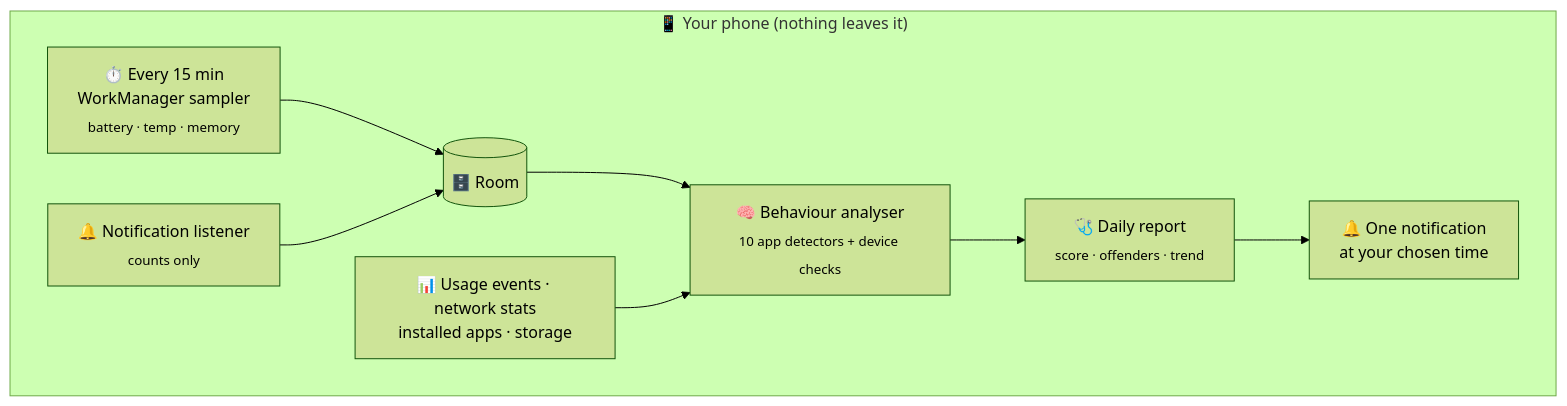
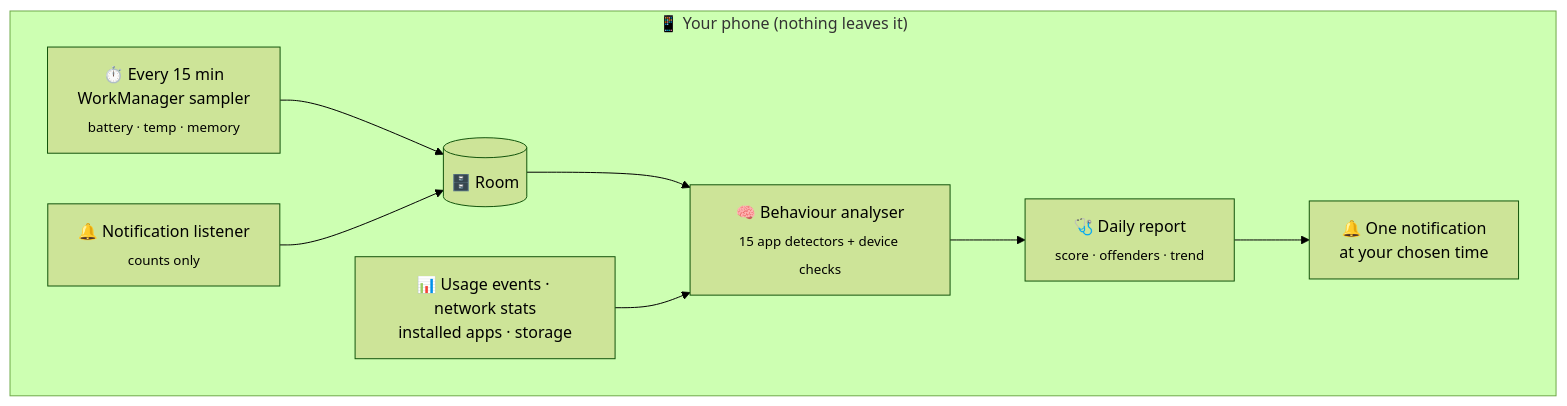
One commit to neteinstein/Perfsentient changed the first of 2 diagrams in README.md. Above: the diagram before and after it, drawn with Mermaid (forest theme). The commit also changed other lines of this file and 60 other files, not shown here.

````diff
--- a/README.md
+++ b/README.md
@@ -88,12 +96,12 @@
 ```mermaid
 flowchart LR
     subgraph Phone["📱 Your phone (nothing leaves it)"]
         direction LR
         S["⏱️ Every 15 min<br/>WorkManager sampler<br/><sub>battery · temp · memory</sub>"] --> DB[("🗄️ Room")]
         N["🔔 Notification listener<br/><sub>counts only</sub>"] --> DB
-        DB --> A["🧠 Behaviour analyser<br/><sub>10 app detectors + device checks</sub>"]
+        DB --> A["🧠 Behaviour analyser<br/><sub>15 app detectors + device checks</sub>"]
         U["📊 Usage events · network stats<br/>installed apps · storage"] --> A
         A --> R["🩺 Daily report<br/><sub>score · offenders · trend</sub>"]
         R --> X["🔔 One notification<br/>at your chosen time"]
     end
 ```
````
